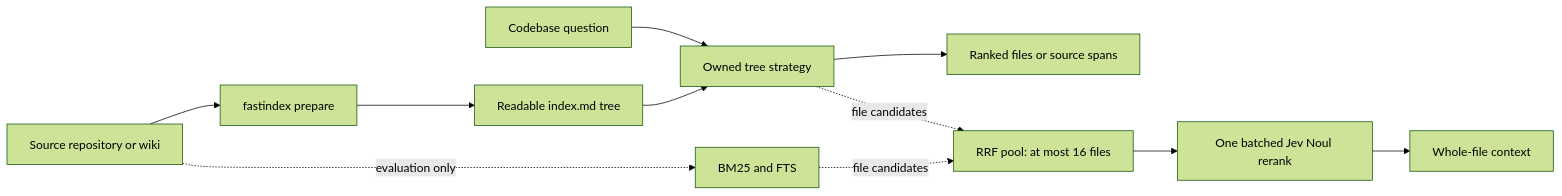
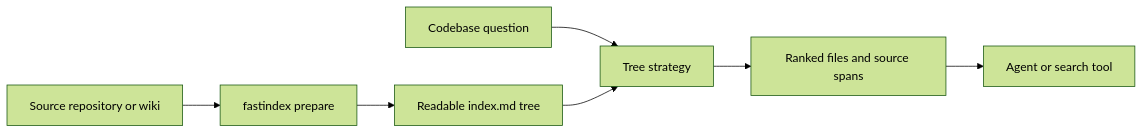
Before and after one commit to manojbajaj95/fastindex: the diagram in README.md, drawn with Mermaid (forest theme). The commit also changed other lines of this file and 2 other files, not shown here.

````diff
--- a/README.md
+++ b/README.md
@@ -88,14 +78,9 @@
 ```mermaid
 flowchart LR
     source[Source repository or wiki] --> prepare[fastindex prepare]
     prepare --> indexes[Readable index.md tree]
-    question[Codebase question] --> tree[Owned tree strategy]
-    indexes --> tree
-    tree --> evidence[Ranked files or source spans]
-
-    source -. evaluation only .-> lexical[BM25 and FTS]
-    tree -. file candidates .-> fusion[RRF pool: at most 16 files]
-    lexical -. file candidates .-> fusion
-    fusion --> rerank[One batched Jev Noul rerank]
-    rerank --> context[Whole-file context]
+    question[Codebase question] --> route[Tree strategy]
+    indexes --> route
+    route --> evidence[Ranked files and source spans]
+    evidence --> agent[Agent or search tool]
 ```
````
